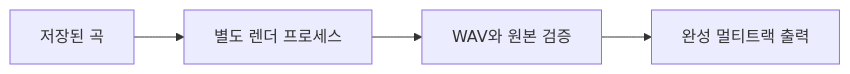
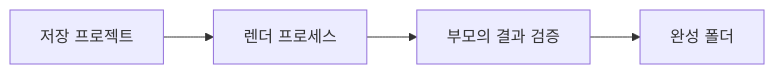
One commit to whizzkid1452/blog changed the second of 2 diagrams in content/posts/ayotbi-recording-rendering.md. Above: the diagram before and after it, drawn with Mermaid. The commit also changed other lines of this file and 23 other files, not shown here.

````diff
--- a/content/posts/ayotbi-recording-rendering.md
+++ b/content/posts/ayotbi-recording-rendering.md
@@ -52,6 +82,6 @@
 ```mermaid
 flowchart LR
-    P["저장된 곡"] --> W["별도 렌더 프로세스"]
-    W --> V["WAV와 원본 검증"]
-    V --> O["완성 멀티트랙 출력"]
+    P["저장 프로젝트"] --> W["렌더 프로세스"]
+    W --> V["부모의 결과 검증"]
+    V --> O["완성 폴더"]
 ```
````
